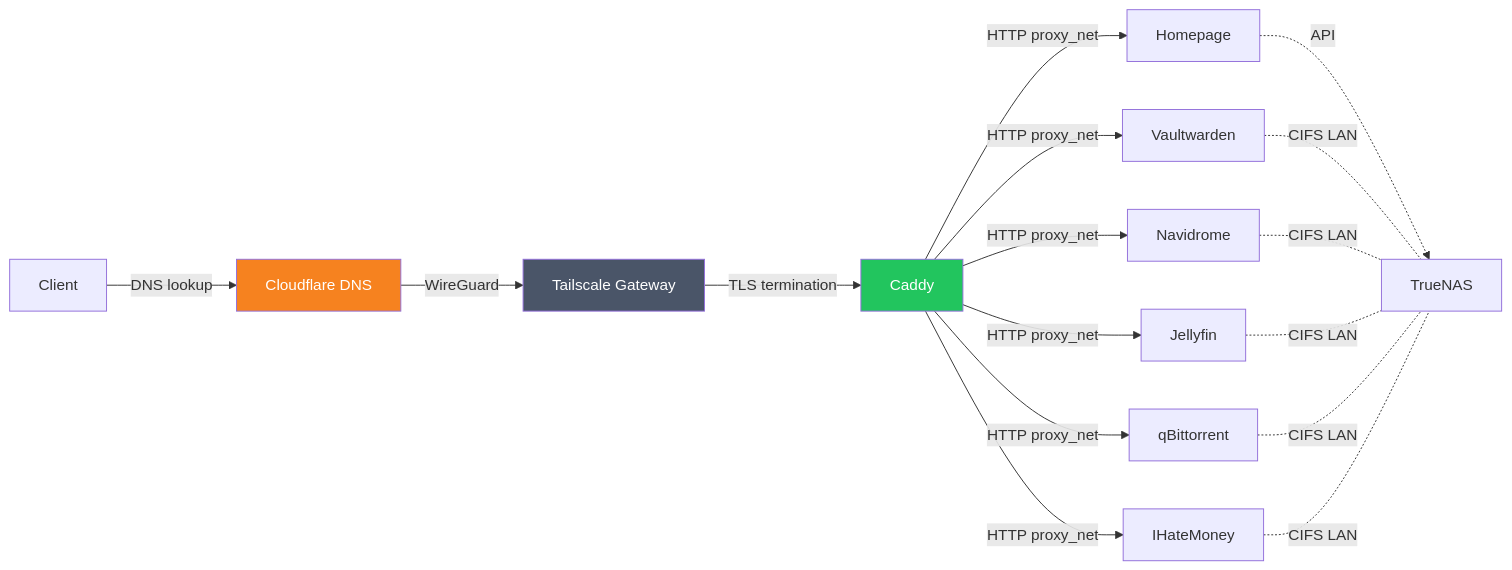
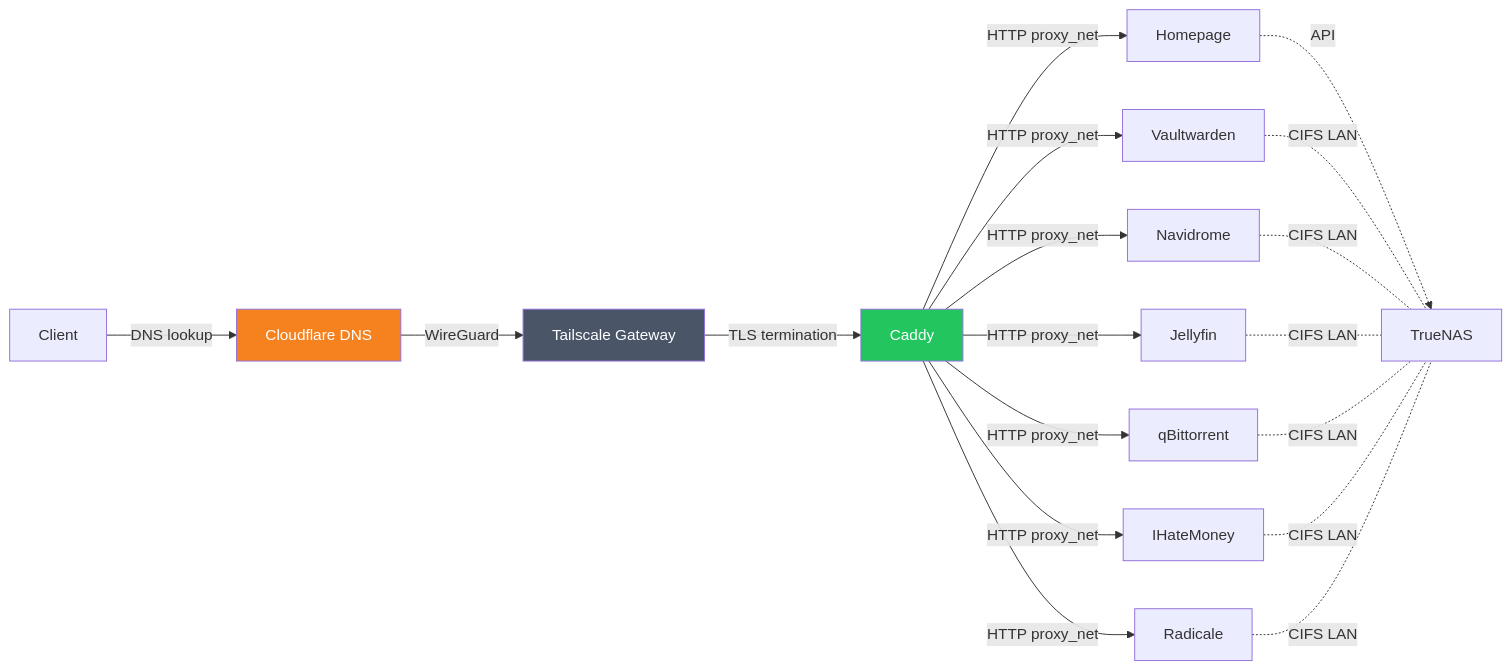
The second of 2 diagrams in README.md (masolnada/homelab), drawn with Mermaid before and after one commit. The commit also changed other lines of this file and 5 other files, not shown here.

````diff
--- a/README.md
+++ b/README.md
@@ -64,22 +69,24 @@
 ```mermaid
 graph LR
     Client -->|DNS lookup| CF[Cloudflare DNS]
     CF -->|WireGuard| TS[Tailscale Gateway]
     TS -->|TLS termination| Caddy
     Caddy -->|HTTP proxy_net| Homepage
     Caddy -->|HTTP proxy_net| Vaultwarden
     Caddy -->|HTTP proxy_net| Navidrome
     Caddy -->|HTTP proxy_net| IHateMoney
     Caddy -->|HTTP proxy_net| Jellyfin
     Caddy -->|HTTP proxy_net| qBittorrent
+    Caddy -->|HTTP proxy_net| Radicale
     Homepage -.->|API| NAS[TrueNAS]
     Vaultwarden -.-|CIFS LAN| NAS
     Navidrome -.-|CIFS LAN| NAS
     Jellyfin -.-|CIFS LAN| NAS
     qBittorrent -.-|CIFS LAN| NAS
     IHateMoney -.-|CIFS LAN| NAS
+    Radicale -.-|CIFS LAN| NAS
 
     style CF fill:#f6821f,color:#fff
     style TS fill:#4a5568,color:#fff
     style Caddy fill:#22c55e,color:#fff
 ```
````
